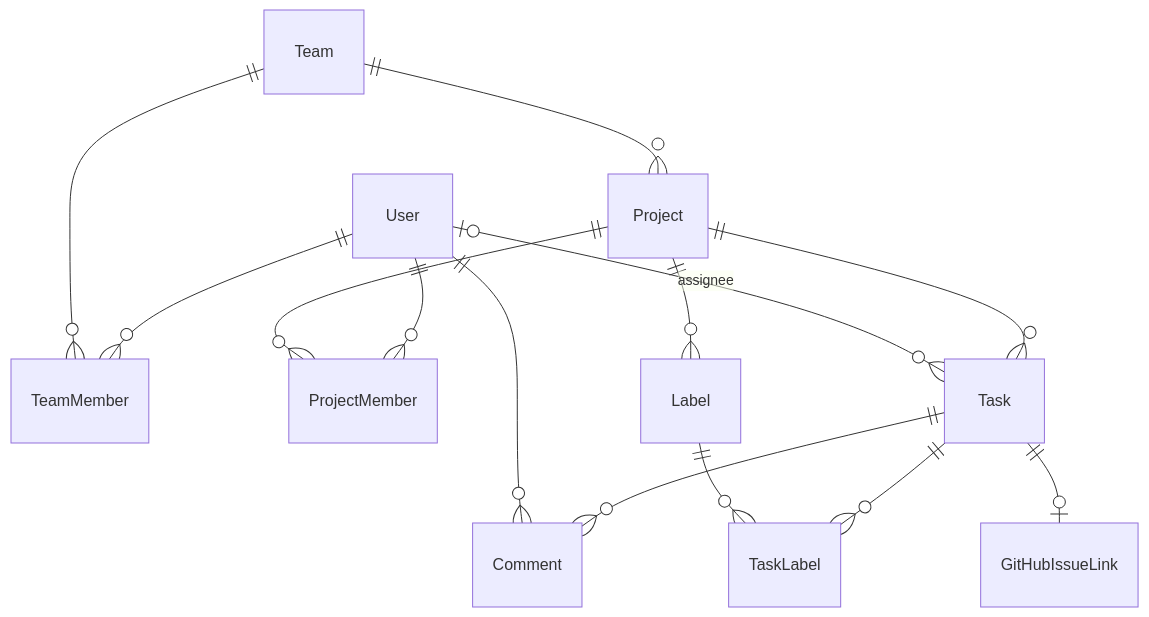
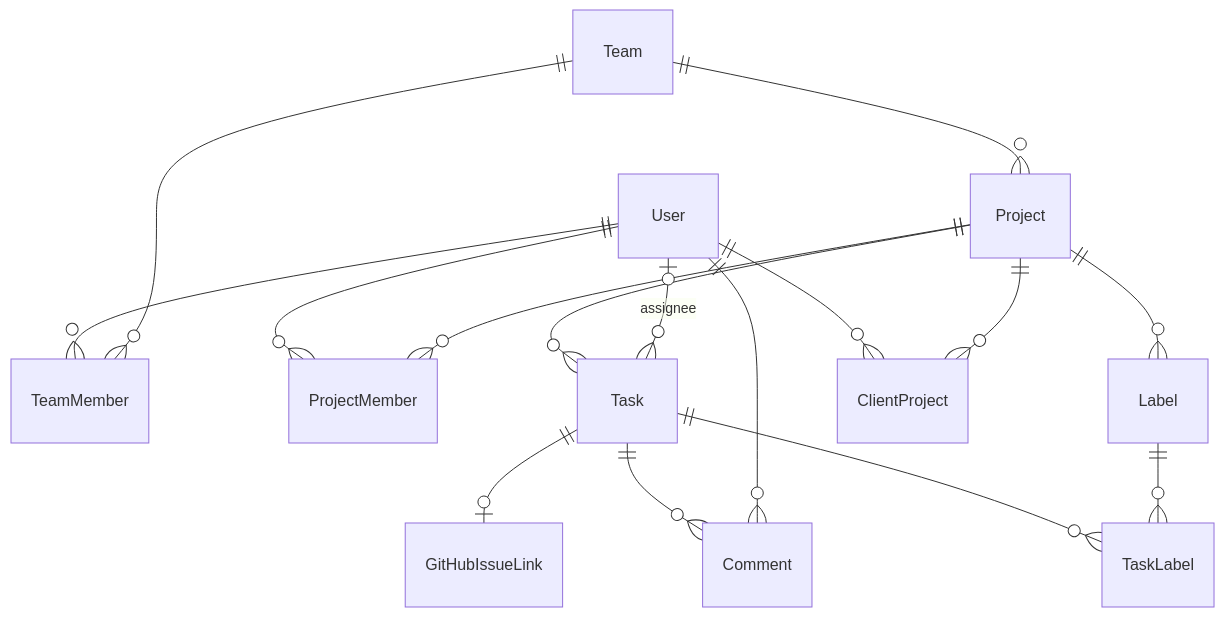
The diagram in docs/domain.md (VincentApta/Kicca), drawn with Mermaid before and after one commit. The commit also changed other lines of this file and 16 other files, not shown here.

````diff
--- a/docs/domain.md
+++ b/docs/domain.md
@@ -104,16 +107,18 @@
 ```mermaid
 erDiagram
     User ||--o{ TeamMember : ""
     Team ||--o{ TeamMember : ""
     Team ||--o{ Project : ""
     User ||--o{ ProjectMember : ""
     Project ||--o{ ProjectMember : ""
     Project ||--o{ Task : ""
     User |o--o{ Task : "assignee"
     Project ||--o{ Label : ""
     Task ||--o{ TaskLabel : ""
     Label ||--o{ TaskLabel : ""
     Task ||--o{ Comment : ""
     User ||--o{ Comment : ""
     Task ||--o| GitHubIssueLink : ""
+    User ||--o{ ClientProject : ""
+    Project ||--o{ ClientProject : ""
 ```
````
